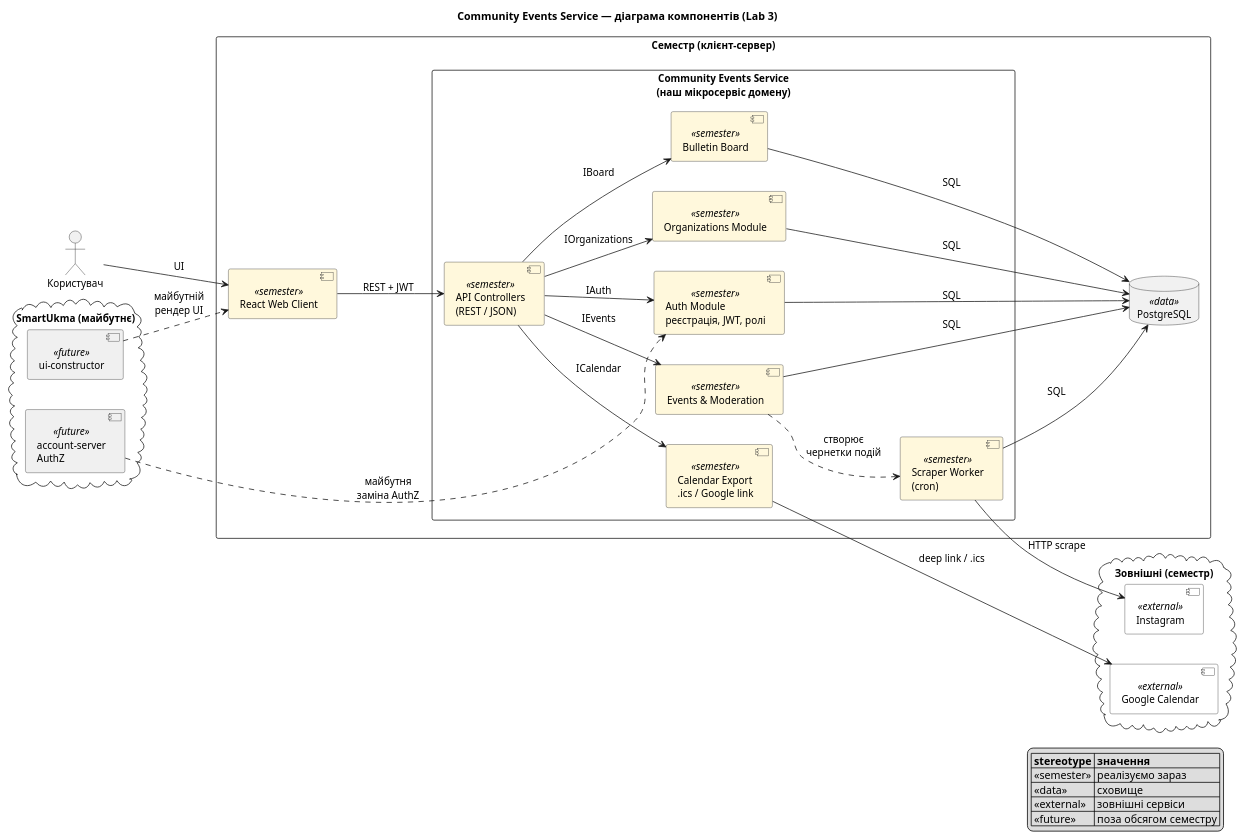
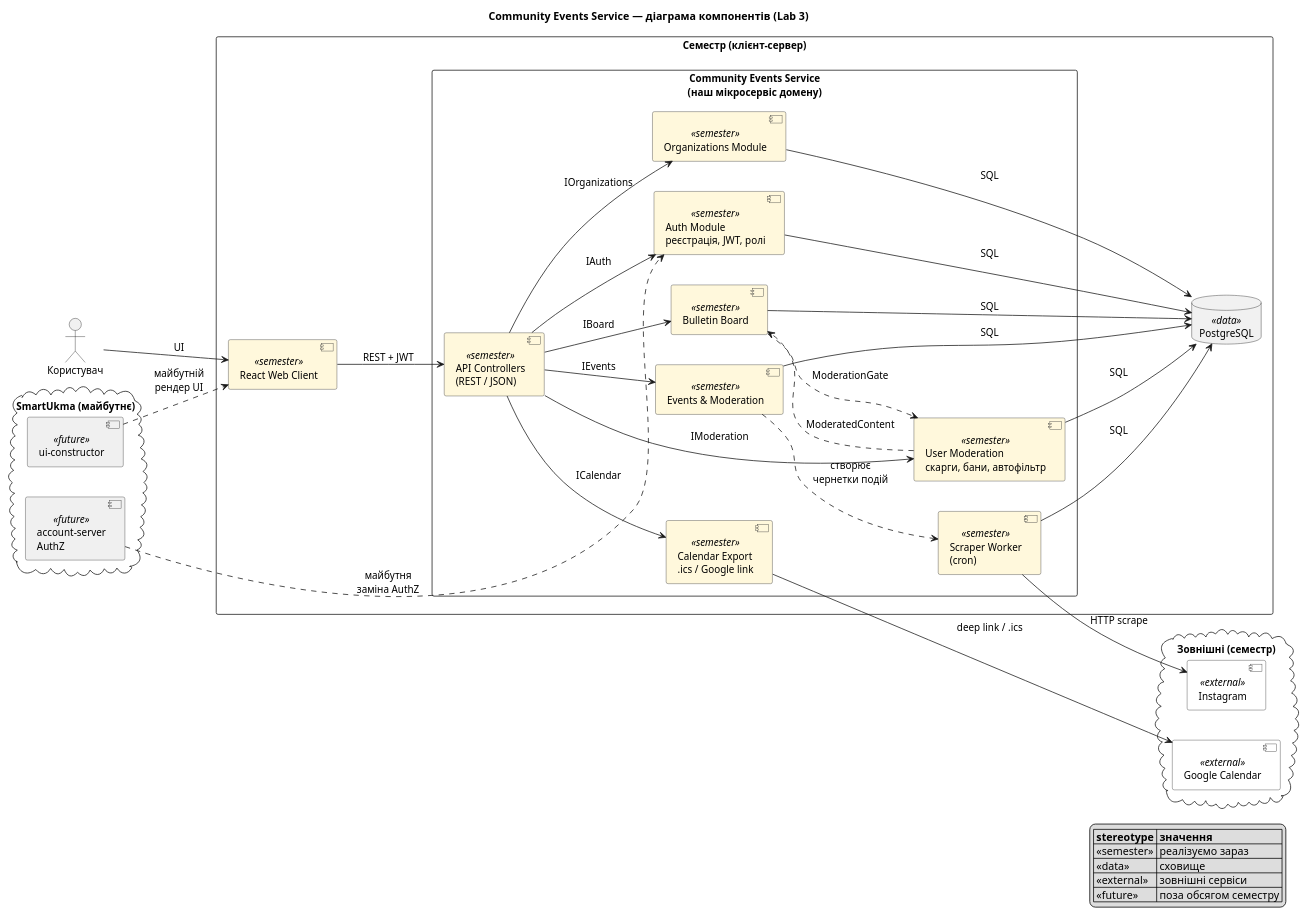
The diagram in docs/architecture/uml/components.puml (ukma-fin-ssdm-2026/b2b-saas-ai-sloppers), drawn with PlantUML before and after one commit. The commit also changed 67 other files, not shown here.

```diff
--- a/docs/architecture/uml/components.puml
+++ b/docs/architecture/uml/components.puml
@@ -1,77 +1,82 @@
 @startuml Lab3_Component_Diagram
 title Community Events Service — діаграма компонентів (Lab 3)
 
 left to right direction
 skinparam shadowing false
 skinparam nodesep 40
 skinparam ranksep 50
 skinparam packageStyle rectangle
 skinparam defaultFontSize 13
 skinparam component {
   BackgroundColor<<semester>> #FFF8DC
   BackgroundColor<<data>> #E6F3FF
   BackgroundColor<<external>> #FFFFFF
   BackgroundColor<<future>> #F0F0F0
   BorderColor #333333
 }
 
 actor "Користувач" as User
 
 rectangle "Семестр (клієнт–сервер)" {
   component "React Web Client" as Client <<semester>>
 
   rectangle "Community Events Service\n(наш мікросервіс домену)" {
     component "API Controllers\n(REST / JSON)" as Api <<semester>>
     component "Auth Module\nреєстрація, JWT, ролі" as Auth <<semester>>
     component "Organizations Module" as Orgs <<semester>>
     component "Events & Moderation" as Events <<semester>>
     component "Bulletin Board" as Board <<semester>>
+    component "User Moderation\nскарги, бани, автофільтр" as Mod <<semester>>
     component "Scraper Worker\n(cron)" as Scraper <<semester>>
     component "Calendar Export\n.ics / Google link" as Cal <<semester>>
   }
 
   database "PostgreSQL" as DB <<data>>
 }
 
 cloud "Зовнішні (семестр)" {
   component "Instagram" as Social <<external>>
   component "Google Calendar" as GCal <<external>>
 }
 
 cloud "SmartUkma (майбутнє)" {
   component "account-server\nAuthZ" as Account <<future>>
   component "ui-constructor" as UICtor <<future>>
 }
 
 User --> Client : UI
 
 Client --> Api : REST + JWT
 
 Api --> Auth : IAuth
 Api --> Orgs : IOrganizations
 Api --> Events : IEvents
 Api --> Board : IBoard
+Api --> Mod : IModeration
 Api --> Cal : ICalendar
 
 Auth --> DB : SQL
 Orgs --> DB : SQL
 Events --> DB : SQL
 Board --> DB : SQL
+Mod --> DB : SQL
 Scraper --> DB : SQL
 
 Scraper --> Social : HTTP scrape
 Events ..> Scraper : створює\nчернетки подій
 Cal --> GCal : deep link / .ics
+Board ..> Mod : ModerationGate
+Mod ..> Board : ModeratedContent
 
 Account ..> Auth : майбутня\nзаміна AuthZ
 UICtor ..> Client : майбутній\nрендер UI
 
 legend right
   |= stereotype |= значення |
   | <<semester>> | реалізуємо зараз |
   | <<data>> | сховище |
   | <<external>> | зовнішні сервіси |
   | <<future>> | поза обсягом семестру |
 endlegend
 
 @enduml
```
